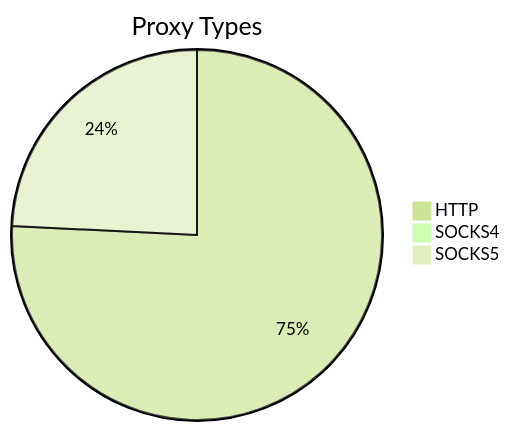
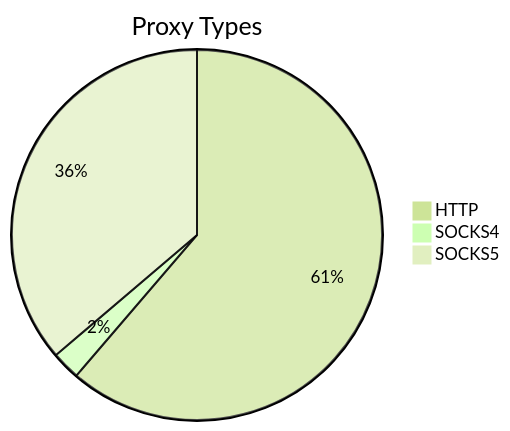
Before and after one commit to stormsia/proxy-list: the first of 2 diagrams in README.md, drawn with Mermaid (forest theme). The commit also changed other lines of this file, not shown here.

````diff
--- a/README.md
+++ b/README.md
@@ -21,6 +21,6 @@
 ```mermaid
 pie title Proxy Types
-    "HTTP" : 1026
-    "SOCKS4" : 12
-    "SOCKS5" : 328
+    "HTTP" : 983
+    "SOCKS4" : 40
+    "SOCKS5" : 581
 ```
````
